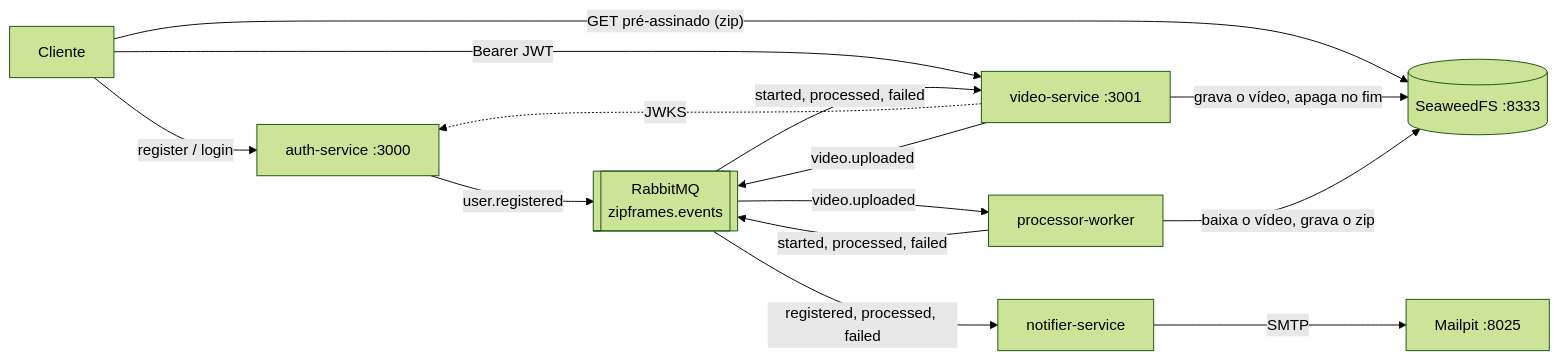
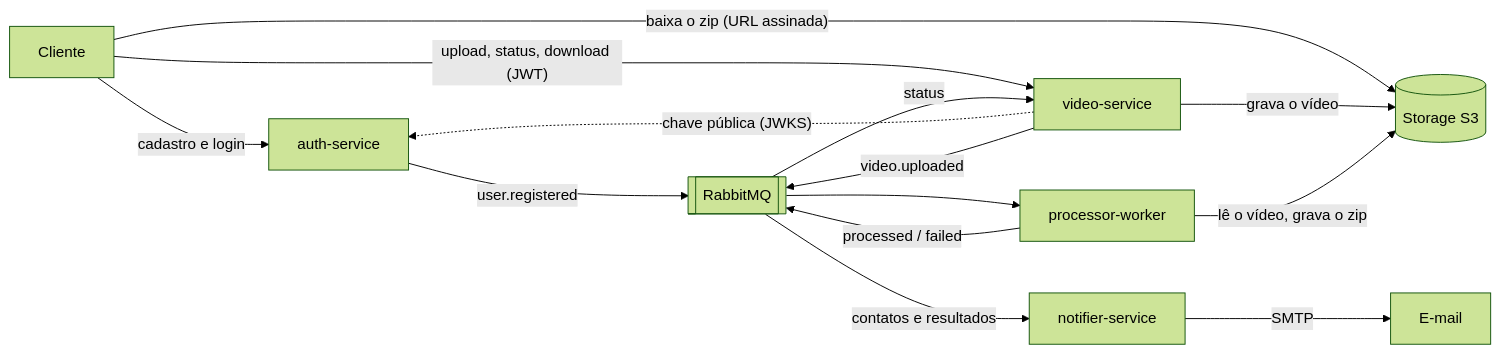
Before and after one commit to knzt/zipframes: the diagram in README.md, drawn with Mermaid (forest theme). The commit also changed other lines of this file and 24 other files, not shown here.

First line of the commit message:
docs: rewrite the architecture docs and add the missing c4 components (#40)

````diff
--- a/README.md
+++ b/README.md
@@ -36,25 +31,25 @@
 ```mermaid
 flowchart LR
   client[Cliente]
-  auth[auth-service :3000]
-  video[video-service :3001]
+  auth[auth-service]
+  video[video-service]
   worker[processor-worker]
   notif[notifier-service]
-  storage[(SeaweedFS :8333)]
-  broker[[RabbitMQ<br/>zipframes.events]]
-  mail[Mailpit :8025]
+  storage[(Storage S3)]
+  broker[[RabbitMQ]]
+  mail[E-mail]
 
-  client -- "register / login" --> auth
-  client -- "Bearer JWT" --> video
-  video -. "JWKS" .-> auth
-  client -- "GET pré-assinado (zip)" --> storage
-  video -- "grava o vídeo, apaga no fim" --> storage
+  client -- "cadastro e login" --> auth
+  client -- "upload, status, download (JWT)" --> video
+  video -. "chave pública (JWKS)" .-> auth
+  client -- "baixa o zip (URL assinada)" --> storage
+  video -- "grava o vídeo" --> storage
   video -- "video.uploaded" --> broker
-  broker -- "video.uploaded" --> worker
-  worker -- "baixa o vídeo, grava o zip" --> storage
-  worker -- "started, processed, failed" --> broker
-  broker -- "started, processed, failed" --> video
+  broker --> worker
+  worker -- "lê o vídeo, grava o zip" --> storage
+  worker -- "processed / failed" --> broker
+  broker -- "status" --> video
   auth -- "user.registered" --> broker
-  broker -- "registered, processed, failed" --> notif
+  broker -- "contatos e resultados" --> notif
   notif -- "SMTP" --> mail
 ```
````
